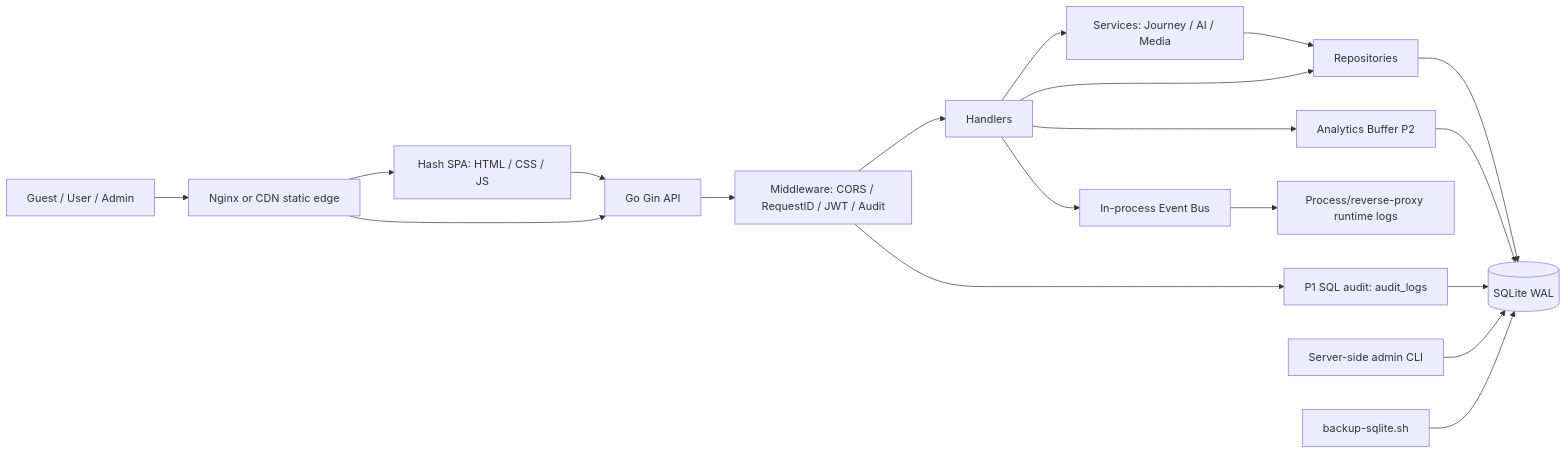
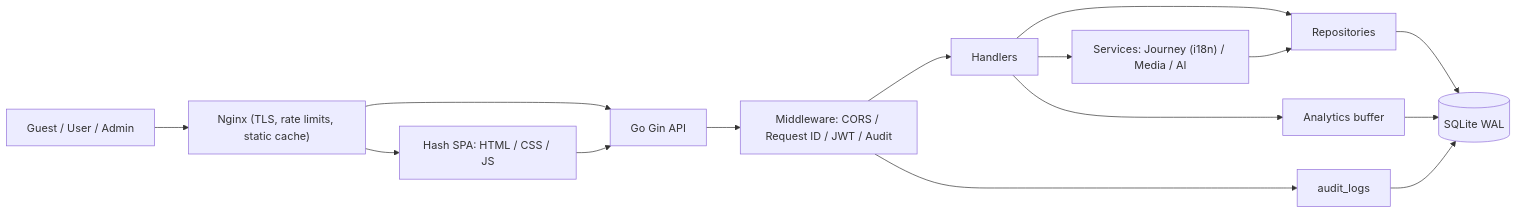
One commit to LibertychaserUS/100-journeys changed the diagram in README.md. Above: the diagram before and after it, drawn with Mermaid. The commit also changed other lines of this file and 143 other files, not shown here.

````diff
--- a/README.md
+++ b/README.md
@@ -105,21 +70,17 @@
 ```mermaid
 flowchart LR
-    user["Guest / User / Admin"] --> nginx["Nginx or CDN static edge"]
+    user["Guest / User / Admin"] --> nginx["Nginx (TLS, rate limits, static cache)"]
     nginx --> spa["Hash SPA: HTML / CSS / JS"]
     nginx --> api["Go Gin API"]
     spa --> api
-    api --> mw["Middleware: CORS / RequestID / JWT / Audit"]
+    api --> mw["Middleware: CORS / Request ID / JWT / Audit"]
     mw --> handlers["Handlers"]
-    handlers --> services["Services: Journey / AI / Media"]
+    handlers --> services["Services: Journey (i18n) / Media / AI"]
     handlers --> repos["Repositories"]
     services --> repos
     repos --> sqlite[("SQLite WAL")]
-    handlers --> buffer["Analytics Buffer P2"]
+    handlers --> buffer["Analytics buffer"]
     buffer --> sqlite
-    mw --> audit["P1 SQL audit: audit_logs"]
+    mw --> audit["audit_logs"]
     audit --> sqlite
-    handlers --> eventbus["In-process Event Bus"]
-    eventbus --> logs["Process/reverse-proxy runtime logs"]
-    admin["Server-side admin CLI"] --> sqlite
-    backup["backup-sqlite.sh"] --> sqlite
 ```
````
